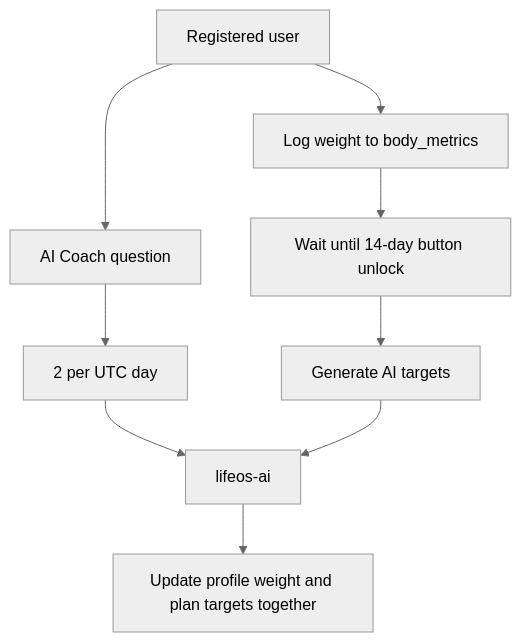
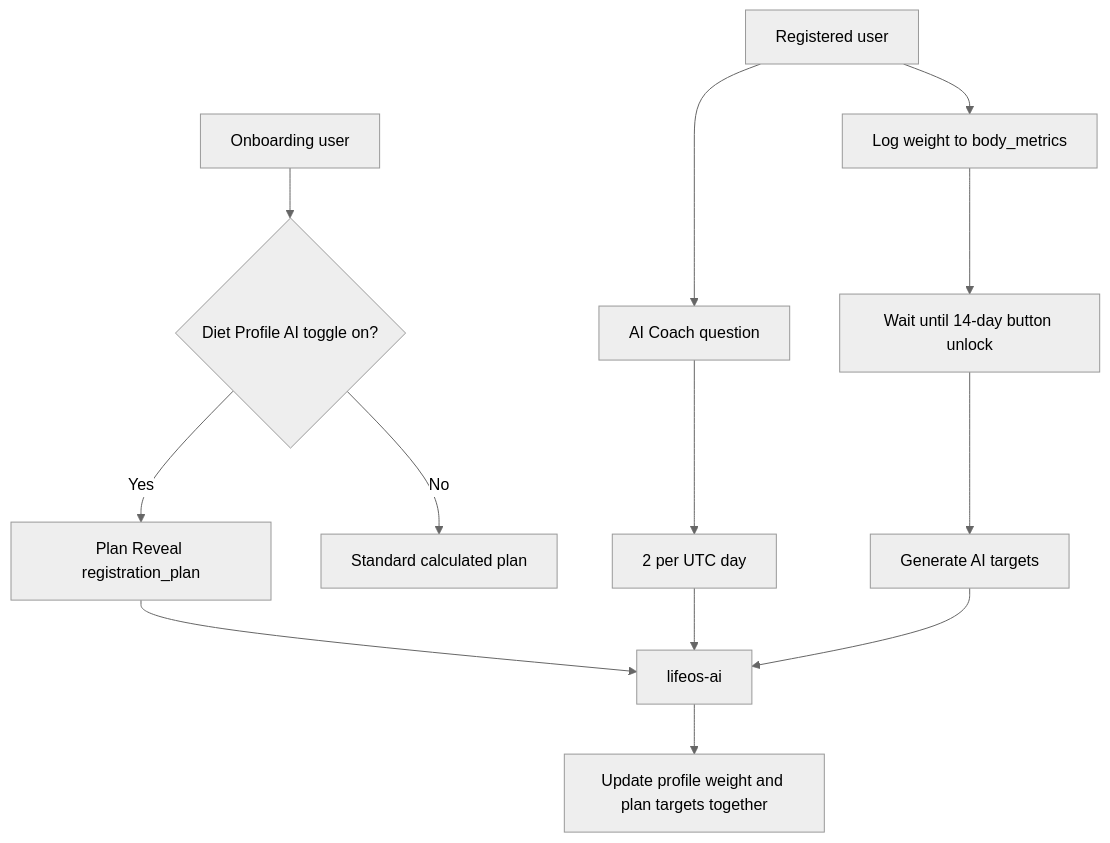
The seventh of 7 diagrams in docs/architecture.md (Ramagiri-Ranesh/LifeOsMobileApp), drawn with Mermaid (neutral theme) before and after one commit. The commit also changed other lines of this file and 12 other files, not shown here.

````diff
--- a/docs/architecture.md
+++ b/docs/architecture.md
@@ -1200,11 +1202,15 @@
 ```mermaid
 flowchart TD
+  Guest[Onboarding user] --> Toggle{Diet Profile AI toggle on?}
+  Toggle -->|Yes| RegistrationPlan[Plan Reveal registration_plan]
+  Toggle -->|No| LocalPlan[Standard calculated plan]
+  RegistrationPlan --> Edge[lifeos-ai]
   User[Registered user] --> Coach[AI Coach question]
   Coach --> CoachLimit[2 per UTC day]
-  CoachLimit --> Edge[lifeos-ai]
+  CoachLimit --> Edge
   User --> WeightLog[Log weight to body_metrics]
   WeightLog --> Cooldown[Wait until 14-day button unlock]
   Cooldown --> Generate[Generate AI targets]
   Generate --> Edge
   Edge --> ProfileUpdate[Update profile weight and plan targets together]
 ```
````
